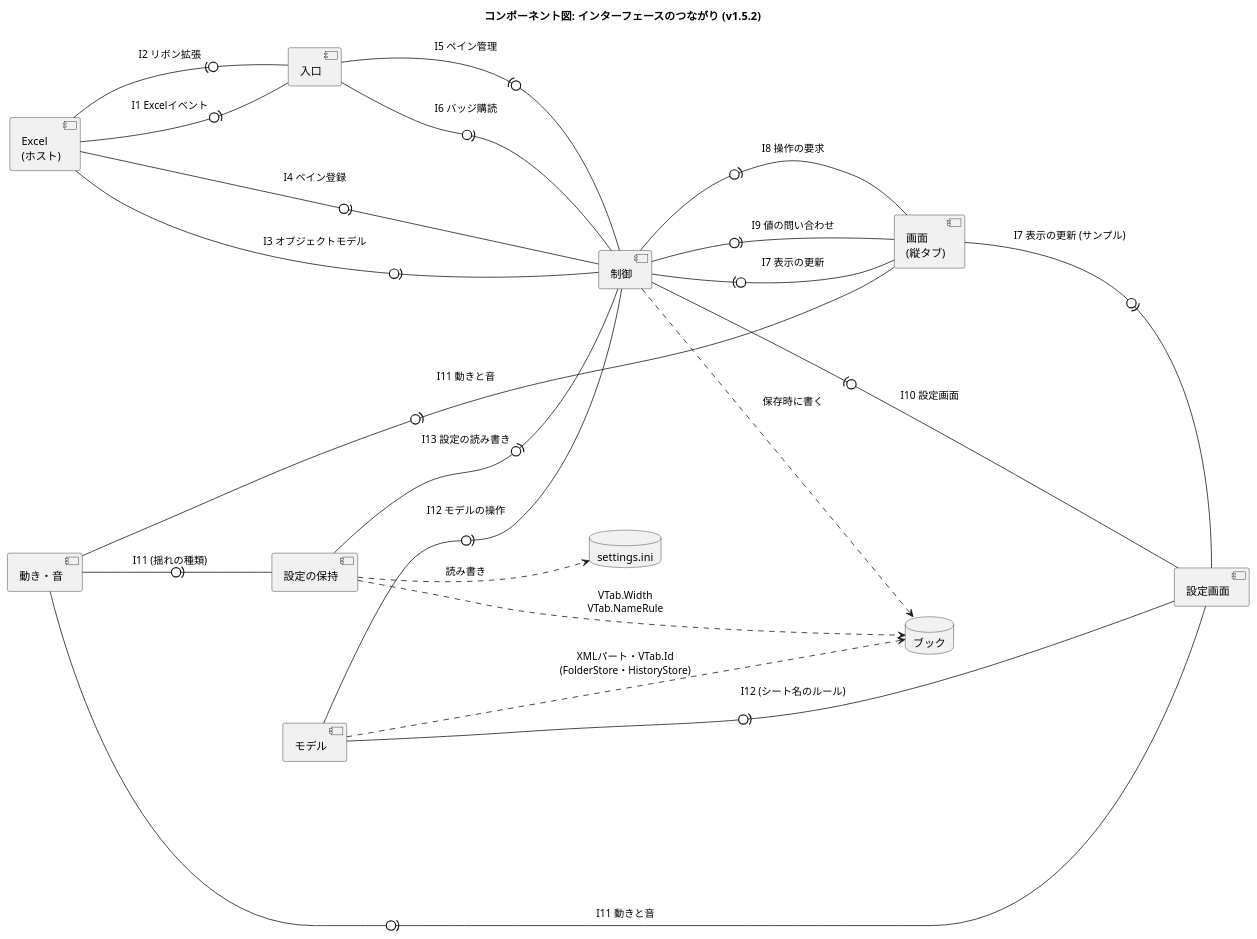
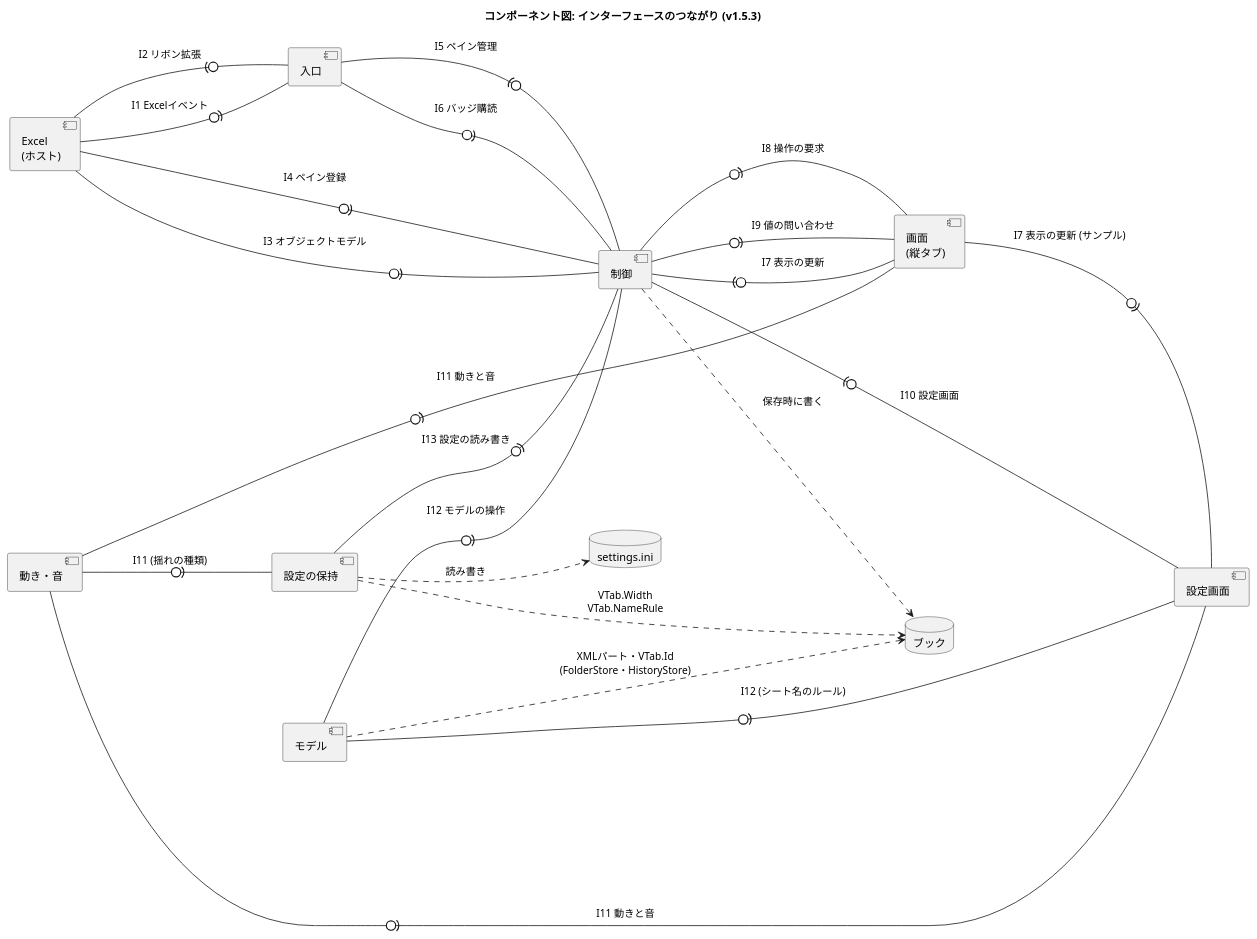
One commit to nk-taka623/VerticalSheetTabs changed the diagram in docs/component-interface.puml. Above: the diagram before and after it, drawn with PlantUML. The commit also changed 15 other files, not shown here.

```diff
--- a/docs/component-interface.puml
+++ b/docs/component-interface.puml
@@ -1,43 +1,43 @@
 @startuml
-title コンポーネント図: インターフェースのつながり (v1.5.2)
+title コンポーネント図: インターフェースのつながり (v1.5.3)
 left to right direction
 skinparam componentStyle uml2
 skinparam shadowing false
 skinparam nodesep 50
 skinparam ranksep 110
 
 component "Excel\n(ホスト)" as HOST
 component "入口" as ENTRY
 component "制御" as CTRL
 component "画面\n(縦タブ)" as VIEW
 component "設定画面" as SETTINGS
 component "動き・音" as FX
 component "モデル" as MODEL
 component "設定の保持" as CONFIG
 database "ブック" as BOOK
 database "settings.ini" as INI
 
 ' 「提供側 -0)- 利用側」: 丸が提供するインターフェース、受け口が利用 (I1 から I13 は、DEVELOPMENT.md の表)
 HOST -0)- ENTRY : I1 Excelイベント
 ENTRY -0)- HOST : I2 リボン拡張
 HOST -0)- CTRL : I3 オブジェクトモデル
 HOST -0)- CTRL : I4 ペイン登録
 CTRL -0)- ENTRY : I5 ペイン管理
 ENTRY -0)- CTRL : I6 バッジ購読
 VIEW -0)- CTRL : I7 表示の更新
 CTRL -0)- VIEW : I8 操作の要求
 CTRL -0)- VIEW : I9 値の問い合わせ
 SETTINGS -0)- CTRL : I10 設定画面
 VIEW -0)- SETTINGS : I7 表示の更新 (サンプル)
 FX -0)- VIEW : I11 動きと音
 FX -0)- SETTINGS : I11 動きと音
 FX -0)- CONFIG : I11 (揺れの種類)
 MODEL -0)- CTRL : I12 モデルの操作
 MODEL -0)- SETTINGS : I12 (シート名のルール)
 CONFIG -0)- CTRL : I13 設定の読み書き
 
 CTRL ..> BOOK : 保存時に書く
 MODEL ..> BOOK : XMLパート・VTab.Id\n(FolderStore・HistoryStore)
 CONFIG ..> BOOK : VTab.Width\nVTab.NameRule
 CONFIG ..> INI : 読み書き
 @enduml
```
